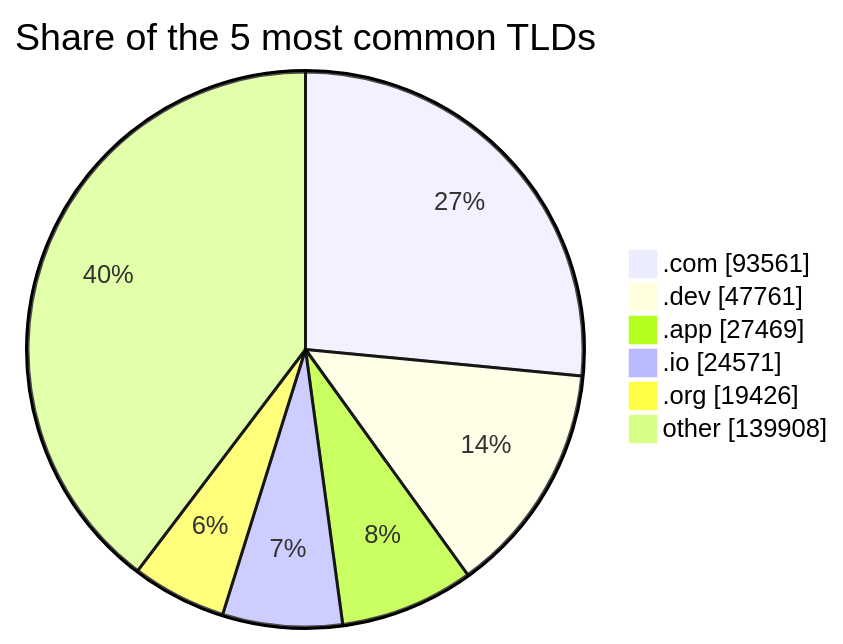
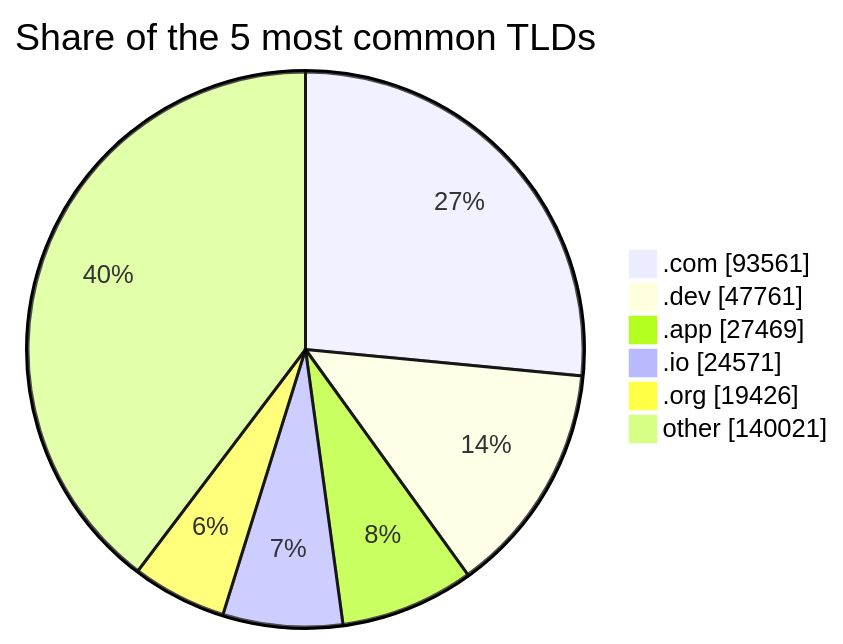
Before and after one commit to DNSBunker/CTI: the third of 3 diagrams in README.md, drawn with Mermaid. The commit also changed other lines of this file and 3 other files, not shown here.

````diff
--- a/README.md
+++ b/README.md
@@ -81,9 +81,9 @@
 ```mermaid
 pie showData title Share of the 5 most common TLDs
     ".com" : 93561
     ".dev" : 47761
     ".app" : 27469
     ".io" : 24571
     ".org" : 19426
-    "other" : 139908
+    "other" : 140021
 ```
````
